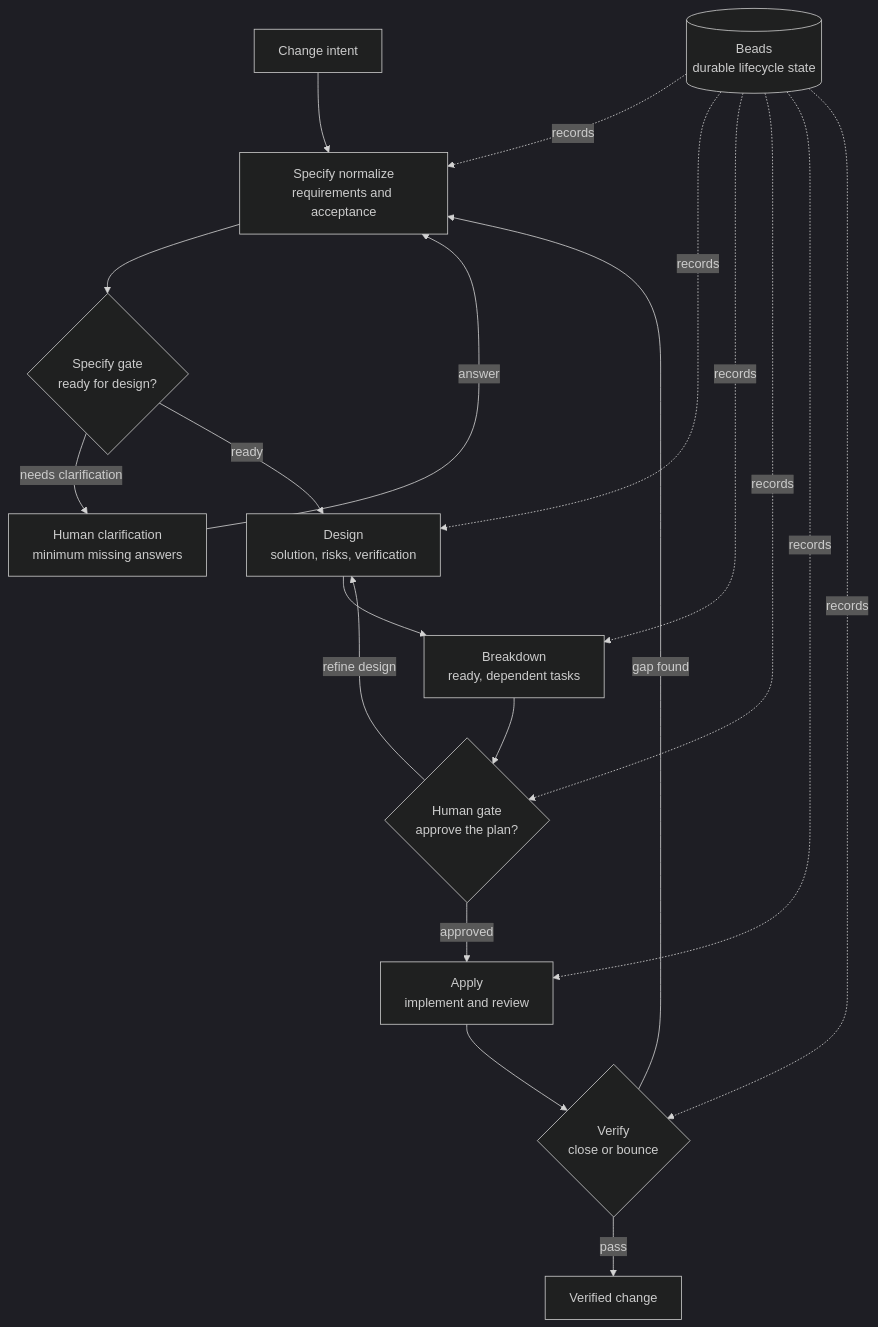
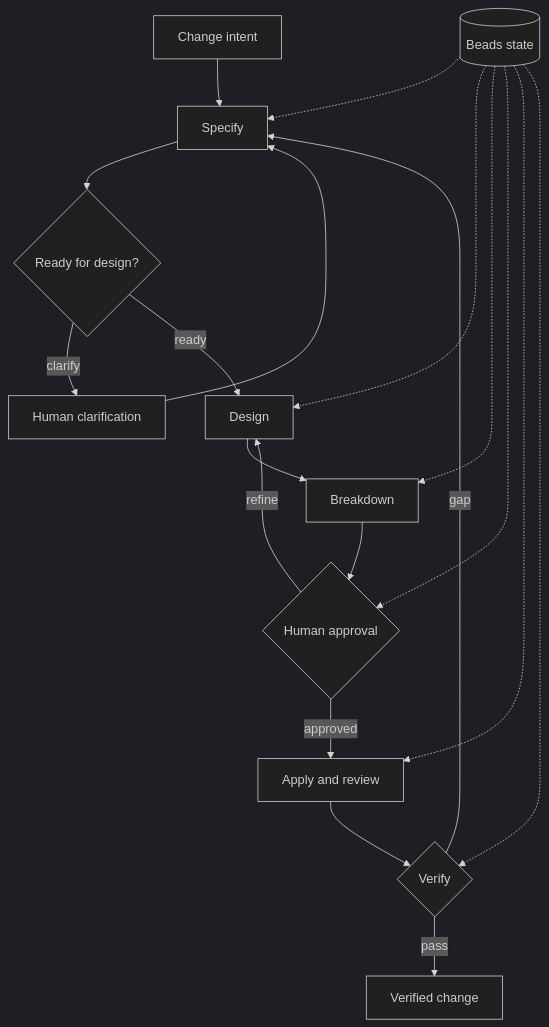
The diagram in README.md (baldaworks/prism), drawn with Mermaid (dark theme) before and after one commit. The commit also changed other lines of this file and 43 other files, not shown here.

````diff
--- a/README.md
+++ b/README.md
@@ -16,23 +66,22 @@
 ```mermaid
 flowchart TB
-    I["Change intent"] --> S["Specify normalize<br/>requirements and acceptance"]
-    S --> G{"Specify gate<br/>ready for design?"}
-    G -->|needs clarification| Q["Human clarification<br/>minimum missing answers"]
-    Q -->|answer| S
-    G -->|ready| D["Design<br/>solution, risks, verification"]
-    D --> B["Breakdown<br/>ready, dependent tasks"]
-    B --> H{"Human gate<br/>approve the plan?"}
-    H -->|approved| A["Apply<br/>implement and review"]
-    H -->|refine design| D
-    A --> V{"Verify<br/>close or bounce"}
+    I["Change intent"] --> S["Specify"]
+    S --> G{"Ready for design?"}
+    G -->|clarify| Q["Human clarification"]
+    Q --> S
+    G -->|ready| D["Design"]
+    D --> B["Breakdown"]
+    B --> H{"Human approval"}
+    H -->|approved| A["Apply and review"]
+    H -->|refine| D
+    A --> V{"Verify"}
     V -->|pass| C["Verified change"]
-    V -->|gap found| S
-
-    DB[("Beads<br/>durable lifecycle state")]
-    DB -. records .-> S
-    DB -. records .-> D
-    DB -. records .-> B
-    DB -. records .-> H
-    DB -. records .-> A
-    DB -. records .-> V
+    V -->|gap| S
+    DB[("Beads state")]
+    DB -.-> S
+    DB -.-> D
+    DB -.-> B
+    DB -.-> H
+    DB -.-> A
+    DB -.-> V
 ```
````
